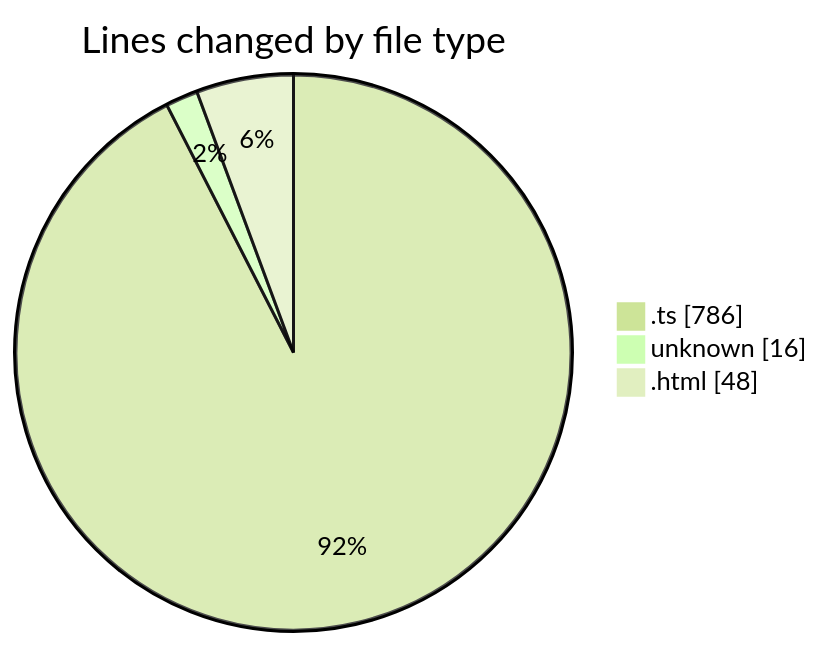
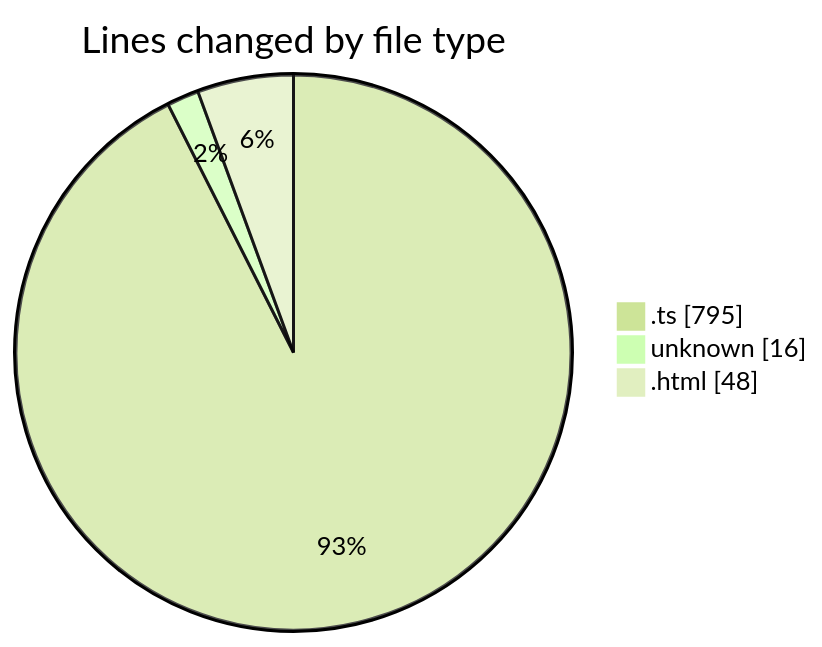
Before and after one commit to tmsrecording-cyber/code-tracking: the first of 2 diagrams in 2026-02-06/singularitybrainai/README.md, drawn with Mermaid (forest theme). The commit also changed other lines of this file and 1 other file, not shown here.

````diff
--- a/2026-02-06/singularitybrainai/README.md
+++ b/2026-02-06/singularitybrainai/README.md
@@ -25,7 +25,7 @@
 ```mermaid
 pie showData
 title Lines changed by file type
-".ts" : 786
+".ts" : 795
 "unknown" : 16
 ".html" : 48
 ```
````
